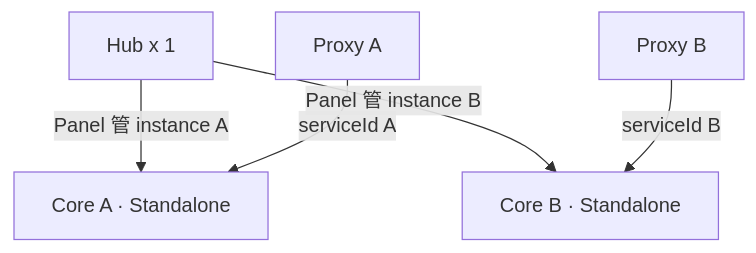
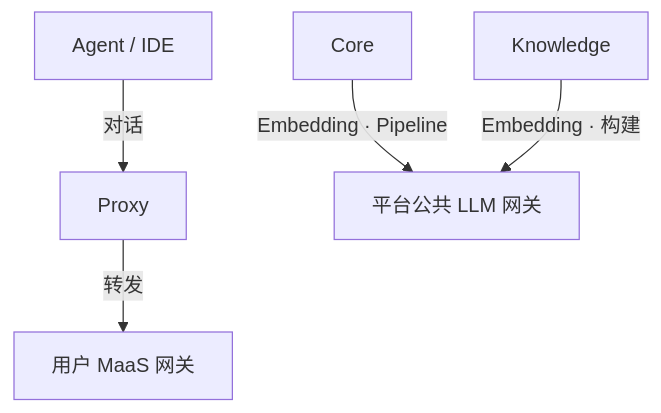
One commit to li6540123/TencentDB-Agent-Memory changed the fifth of 7 diagrams in deploy/selfhosted-ha/PROPOSAL.md. Above: the diagram before and after it, drawn with Mermaid. The commit also changed other lines of this file, not shown here.

````diff
--- a/deploy/selfhosted-ha/PROPOSAL.md
+++ b/deploy/selfhosted-ha/PROPOSAL.md
@@ -221,13 +189,14 @@
 ```mermaid
 flowchart TB
-  H[Hub x 1]
-  P1[Proxy A]
-  C1[Core A · Standalone]
-  P2[Proxy B]
-  C2[Core B · Standalone]
+  A[Agent / IDE]
+  P[Proxy]
+  C[Core]
+  K[Knowledge]
+  UGW[用户 MaaS 网关]
+  PGW[平台公共 LLM 网关]
 
-  H -->|Panel 管 instance A| C1
-  H -->|Panel 管 instance B| C2
-  P1 -->|serviceId A| C1
-  P2 -->|serviceId B| C2
+  A -->|对话| P
+  P -->|转发| UGW
+  C -->|Embedding · Pipeline| PGW
+  K -->|Embedding · 构建| PGW
 ```
````
